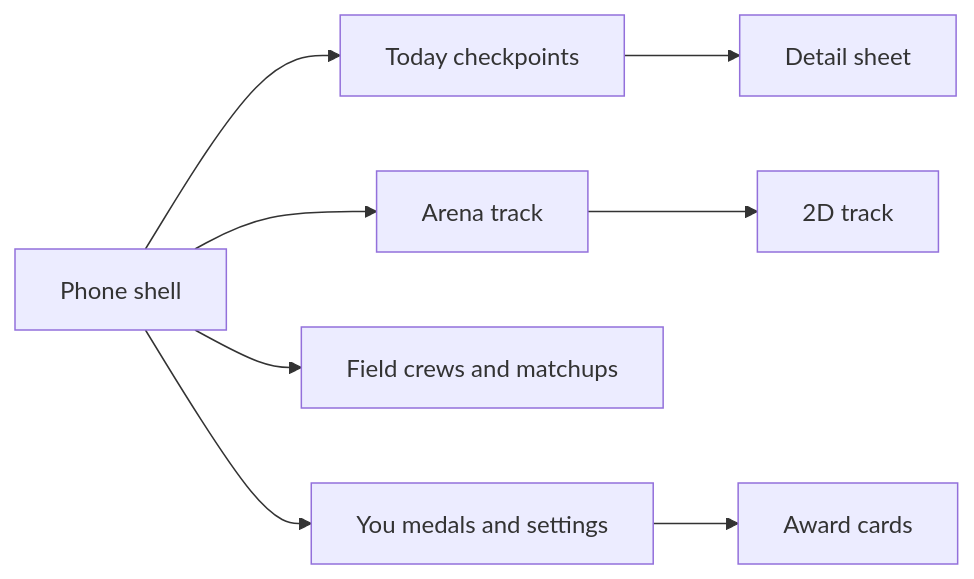
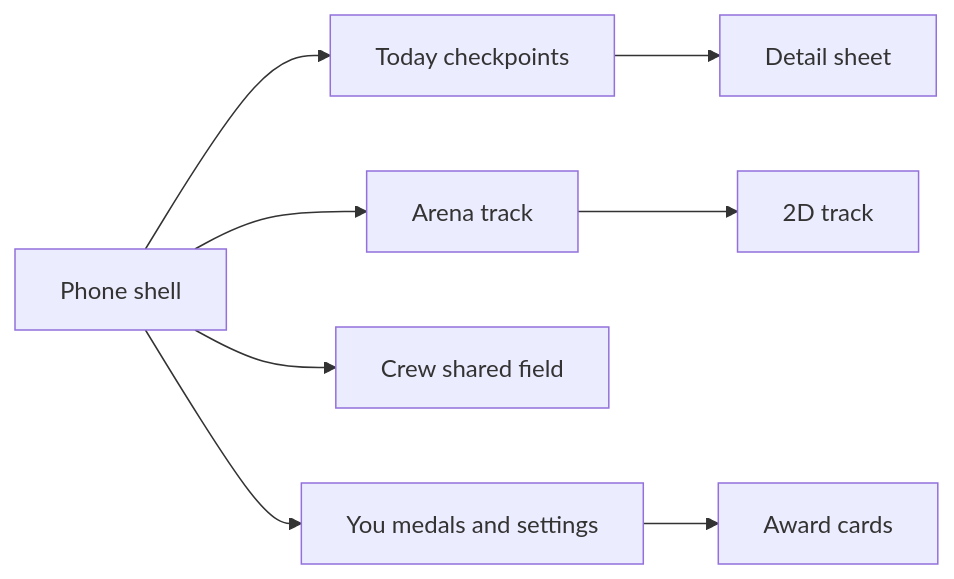
Before and after one commit to jerryliu3/fitness-battle: the diagram in docs/frontend-rebuild-plan.md, drawn with Mermaid. The commit also changed other lines of this file and 4 other files, not shown here.

````diff
--- a/docs/frontend-rebuild-plan.md
+++ b/docs/frontend-rebuild-plan.md
@@ -61,11 +61,11 @@
 ```mermaid
 flowchart LR
   phone[Phone shell]
   phone --> today[Today checkpoints]
   phone --> arena[Arena track]
-  phone --> field[Field crews and matchups]
+  phone --> field[Crew shared field]
   phone --> you[You medals and settings]
   today --> sheet[Detail sheet]
   arena --> track[2D track]
   you --> medals[Award cards]
 ```
````
